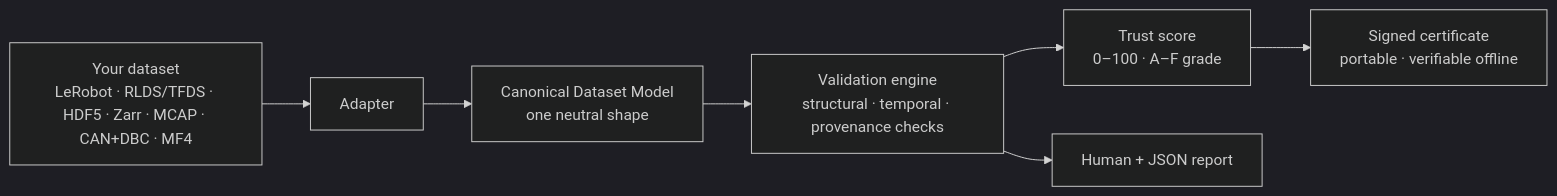
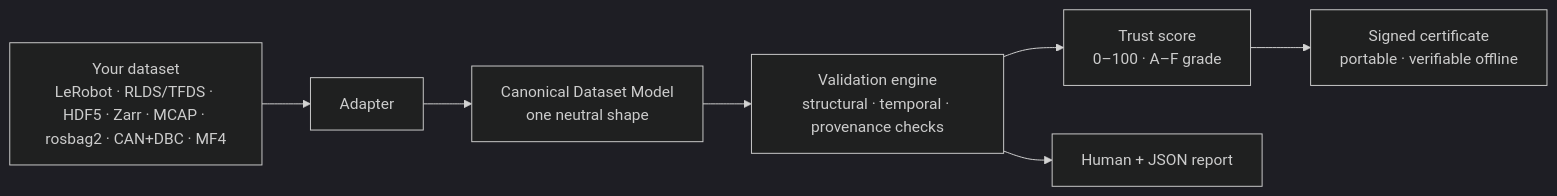
Before and after one commit to clay-good/veridex: the first of 2 diagrams in README.md, drawn with Mermaid (dark theme). The commit also changed other lines of this file and 28 other files, not shown here.

````diff
--- a/README.md
+++ b/README.md
@@ -65,9 +65,9 @@
 ```mermaid
 flowchart LR
-    A[Your dataset<br/>LeRobot · RLDS/TFDS · HDF5 · Zarr · MCAP · CAN+DBC · MF4] --> B[Adapter]
+    A[Your dataset<br/>LeRobot · RLDS/TFDS · HDF5 · Zarr · MCAP · rosbag2 · CAN+DBC · MF4] --> B[Adapter]
     B --> C[Canonical Dataset Model<br/>one neutral shape]
     C --> D[Validation engine<br/>structural · temporal · provenance checks]
     D --> E[Trust score<br/>0–100 · A–F grade]
     E --> F[Signed certificate<br/>portable · verifiable offline]
     D --> G[Human + JSON report]
 ```
````
